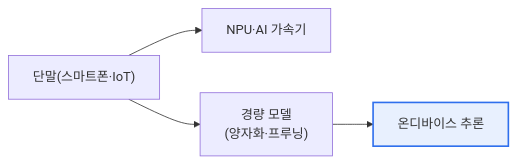
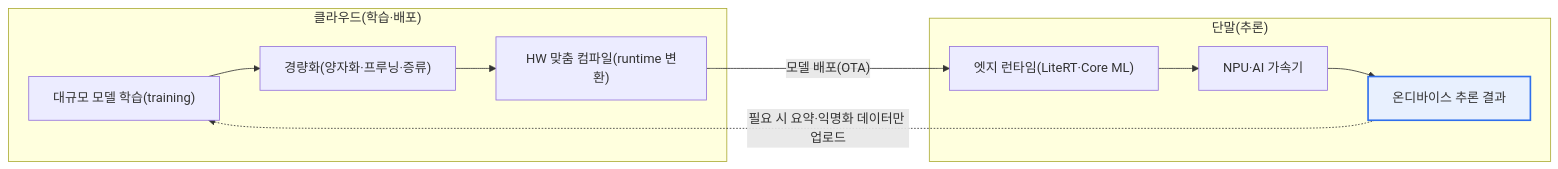
Before and after one commit to coninggu/wjdqhrhksflrltnftk: the first of 2 diagrams in content/on-device-ai.md, drawn with Mermaid. The commit also changed other lines of this file and 3 other files, not shown here.

Commit message:
Deepen 온디바이스 AI(On-Device AI), 전자정부 웹사이트 품질(접근성·호환성·개방성·최적화) (auto)

````diff
--- a/content/on-device-ai.md
+++ b/content/on-device-ai.md
@@ -15,7 +24,14 @@
 ```mermaid
 flowchart LR
-  D["단말(스마트폰·IoT)"] --> N["NPU·AI 가속기"] 
-  D --> M["경량 모델<br/>(양자화·프루닝)"]
-  M --> R[온디바이스 추론]
+  subgraph Cloud["클라우드(학습·배포)"]
+    T["대규모 모델 학습(training)"] --> Z["경량화(양자화·프루닝·증류)"]
+    Z --> CP["HW 맞춤 컴파일(runtime 변환)"]
+  end
+  subgraph Device["단말(추론)"]
+    RT["엣지 런타임(LiteRT·Core ML)"] --> N["NPU·AI 가속기"]
+    N --> R["온디바이스 추론 결과"]
+  end
+  CP -->|"모델 배포(OTA)"| RT
+  R -.->|"필요 시 요약·익명화 데이터만 업로드"| T
   style R fill:#e8f0fe,stroke:#2f6fed,stroke-width:2px
 ```
````
